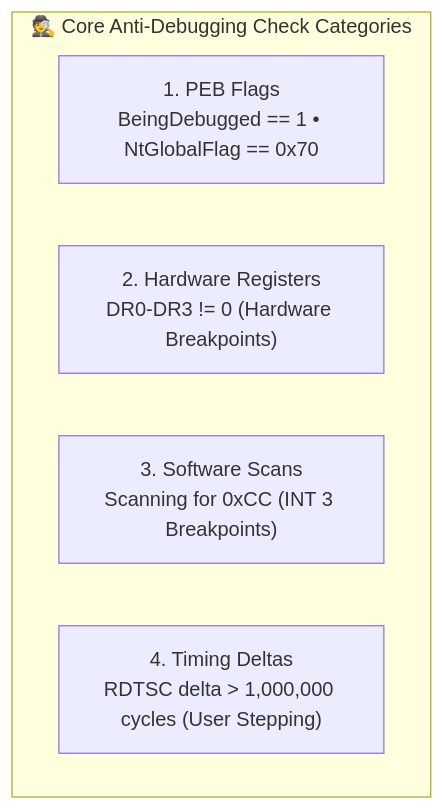
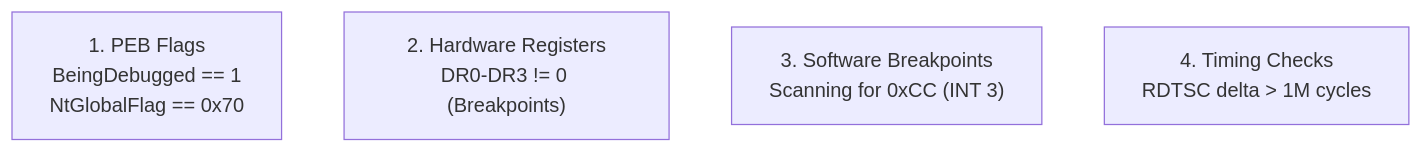
One commit to DaddyZyn/Cyber-security-notes changed the third of 4 diagrams in topics/19-reverse-engineering-protections-and-mitigations/README.md. Above: the diagram before and after it, drawn with Mermaid. The commit also changed other lines of this file and 19 other files, not shown here.

Commit message:
fix: overhaul all Mermaid diagrams with clean vertical layouts and short line-wrapping to prevent GitHub clipping

````diff
--- a/topics/19-reverse-engineering-protections-and-mitigations/README.md
+++ b/topics/19-reverse-engineering-protections-and-mitigations/README.md
@@ -97,9 +96,7 @@
 ```mermaid
 flowchart TD
-    subgraph Anti_Debug["🕵️ Core Anti-Debugging Check Categories"]
-        P1["1. PEB Flags<br>BeingDebugged == 1 • NtGlobalFlag == 0x70"]
-        P2["2. Hardware Registers<br>DR0-DR3 != 0 (Hardware Breakpoints)"]
-        P3["3. Software Scans<br>Scanning for 0xCC (INT 3 Breakpoints)"]
-        P4["4. Timing Deltas<br>RDTSC delta > 1,000,000 cycles (User Stepping)"]
-    end
+    P1["1. PEB Flags<br/>BeingDebugged == 1<br/>NtGlobalFlag == 0x70"]
+    P2["2. Hardware Registers<br/>DR0-DR3 != 0 (Breakpoints)"]
+    P3["3. Software Breakpoints<br/>Scanning for 0xCC (INT 3)"]
+    P4["4. Timing Checks<br/>RDTSC delta > 1M cycles"]
 ```
````
